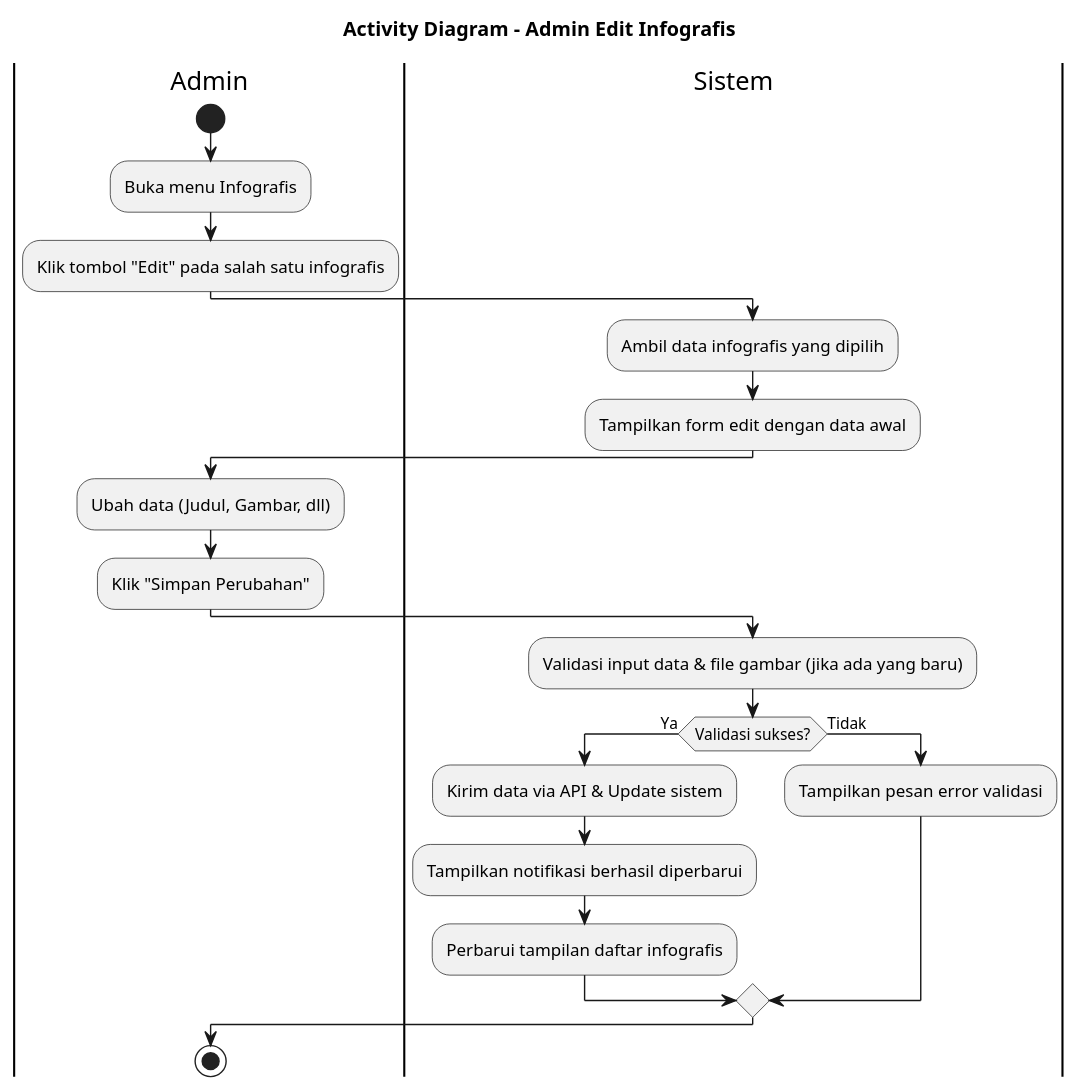
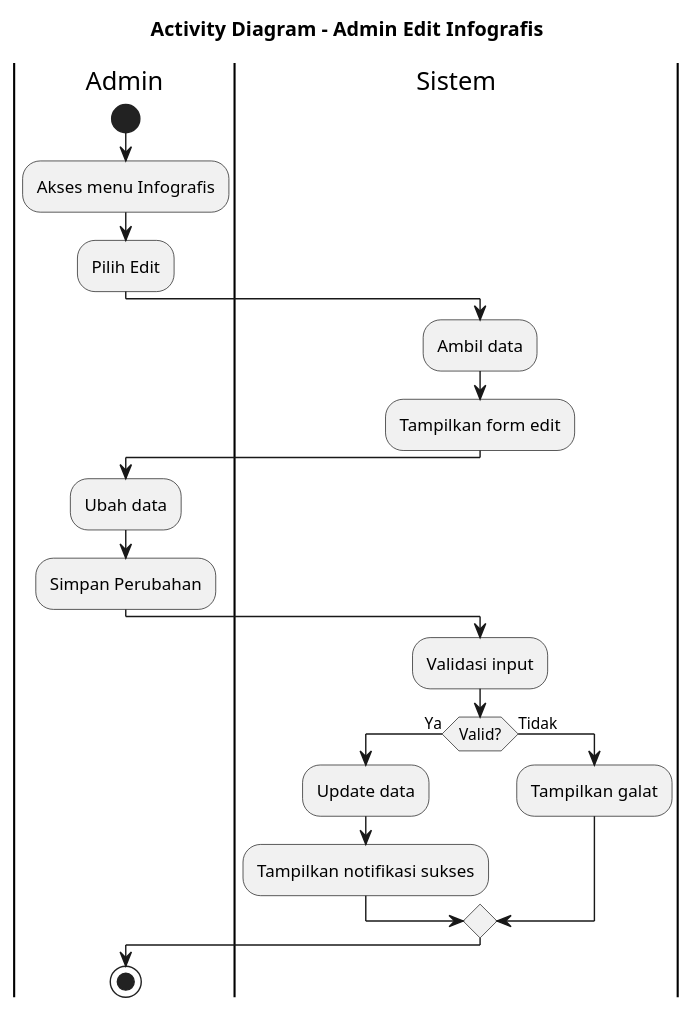
The diagram in diagram/activitydiagram_admin_edit_infografis.puml (jaddu17/capstonepmikp), drawn with PlantUML before and after one commit. The commit also changed 15 other files, not shown here.

Commit message:
activity diagram user

```diff
--- a/diagram/activitydiagram_admin_edit_infografis.puml
+++ b/diagram/activitydiagram_admin_edit_infografis.puml
@@ -1,30 +1,30 @@
 @startuml ACTIVITY_DIAGRAM_ADMIN_EDIT_INFOGRAFIS
 title Activity Diagram - Admin Edit Infografis
 
 |Admin|
 start
-:Buka menu Infografis;
-:Klik tombol "Edit" pada salah satu infografis;
+:Akses menu Infografis;
+:Pilih Edit;
 
 |Sistem|
-:Ambil data infografis yang dipilih;
-:Tampilkan form edit dengan data awal;
+:Ambil data;
+:Tampilkan form edit;
 
 |Admin|
-:Ubah data (Judul, Gambar, dll);
-:Klik "Simpan Perubahan";
+:Ubah data;
+:Simpan Perubahan;
 
 |Sistem|
-:Validasi input data & file gambar (jika ada yang baru);
-if (Validasi sukses?) then (Ya)
-  :Kirim data via API & Update sistem;
-  :Tampilkan notifikasi berhasil diperbarui;
-  :Perbarui tampilan daftar infografis;
+:Validasi input;
+if (Valid?) then (Ya)
+  |Sistem|
+  :Update data;
+  :Tampilkan notifikasi sukses;
 else (Tidak)
-  :Tampilkan pesan error validasi;
+  |Sistem|
+  :Tampilkan galat;
 endif
 
 |Admin|
 stop
-
 @enduml
```
